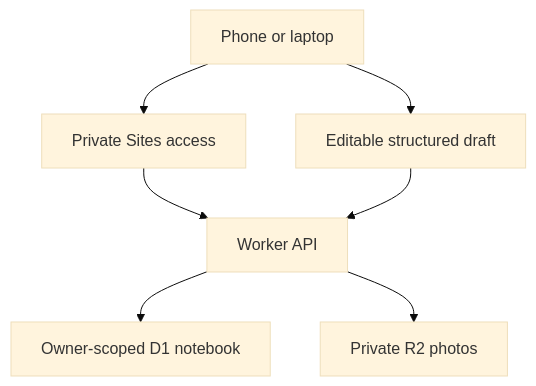
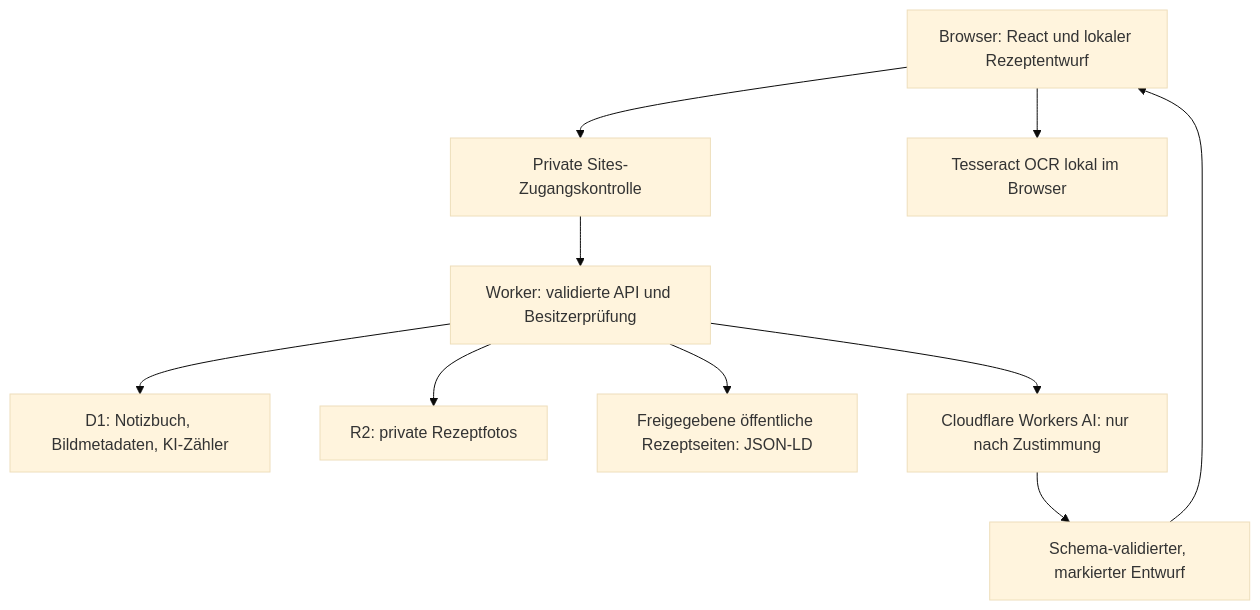
The diagram in docs/architecture.md (Shadi-Sh/my-cookbook), drawn with Mermaid (base theme) before and after one commit. The commit also changed other lines of this file and 1 other file, not shown here.

Commit message:
docs: document current architecture, security gaps and MVP decisions

````diff
--- a/docs/architecture.md
+++ b/docs/architecture.md
@@ -3,9 +9,12 @@
 ```mermaid
 flowchart TD
-  A[Phone or laptop] --> B[Private Sites access]
-  B --> C[Worker API]
-  C --> D[Owner-scoped D1 notebook]
-  C --> E[Private R2 photos]
-  A --> F[Editable structured draft]
-  F --> C
+  U[Browser: React und lokaler Rezeptentwurf] --> A[Private Sites-Zugangskontrolle]
+  A --> W[Worker: validierte API und Besitzerprüfung]
+  W --> D[D1: Notizbuch, Bildmetadaten, KI-Zähler]
+  W --> R[R2: private Rezeptfotos]
+  U --> O[Tesseract OCR lokal im Browser]
+  W --> P[Freigegebene öffentliche Rezeptseiten: JSON-LD]
+  W --> C[Cloudflare Workers AI: nur nach Zustimmung]
+  C --> V[Schema-validierter, markierter Entwurf]
+  V --> U
 ```
````
